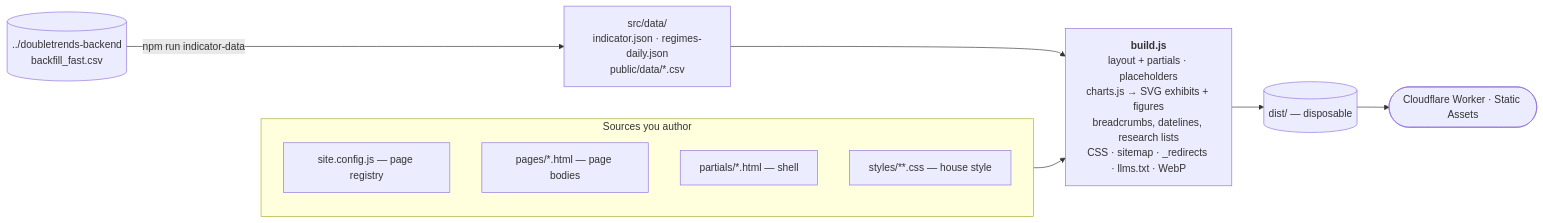
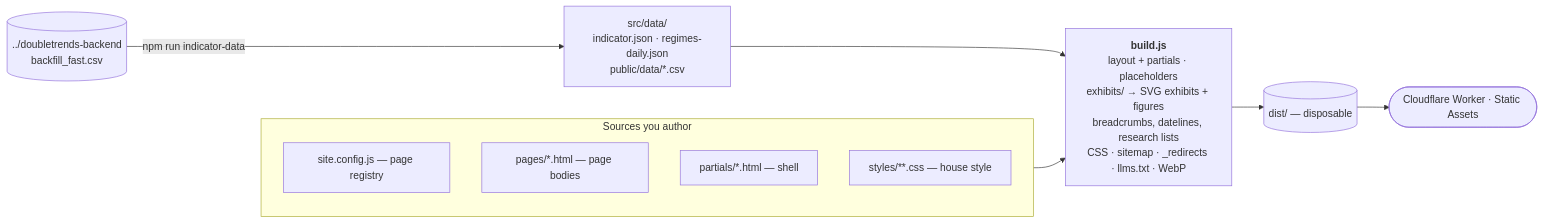
The diagram in README.md (doubletrends/doubletrends-site), drawn with Mermaid before and after one commit. The commit also changed other lines of this file and 20 other files, not shown here.

````diff
--- a/README.md
+++ b/README.md
@@ -11,15 +11,15 @@
 ```mermaid
 flowchart LR
     backend[("../doubletrends-backend<br/>backfill_fast.csv")] -->|npm run indicator-data| data["src/data/<br/>indicator.json · regimes-daily.json<br/>public/data/*.csv"]
     subgraph SRC["Sources you author"]
         direction TB
         cfg["site.config.js — page registry"]
         pages["pages/*.html — page bodies"]
         parts["partials/*.html — shell"]
         css["styles/**.css — house style"]
     end
     data --> build
-    SRC --> build["<b>build.js</b><br/>layout + partials · placeholders<br/>charts.js → SVG exhibits + figures<br/>breadcrumbs, datelines, research lists<br/>CSS · sitemap · _redirects · llms.txt · WebP"]
+    SRC --> build["<b>build.js</b><br/>layout + partials · placeholders<br/>exhibits/ → SVG exhibits + figures<br/>breadcrumbs, datelines, research lists<br/>CSS · sitemap · _redirects · llms.txt · WebP"]
     build --> dist[("dist/ — disposable")]
     dist --> cf(["Cloudflare Worker · Static Assets"])
 ```
````
